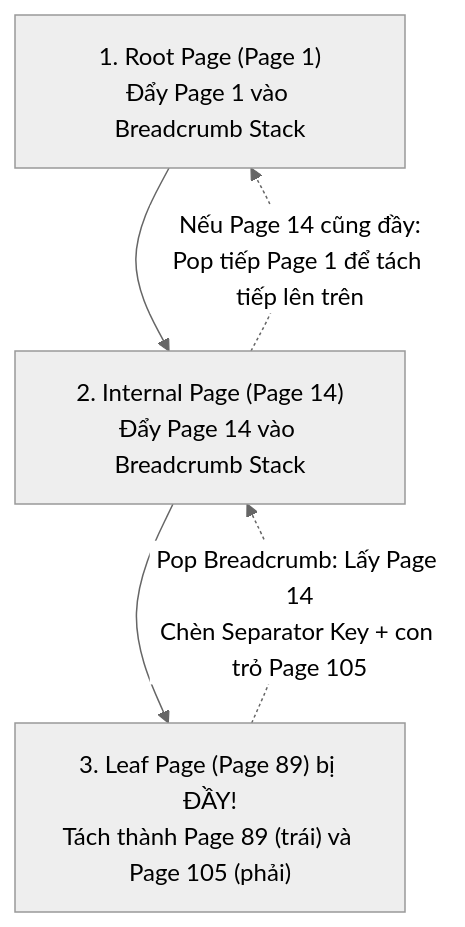
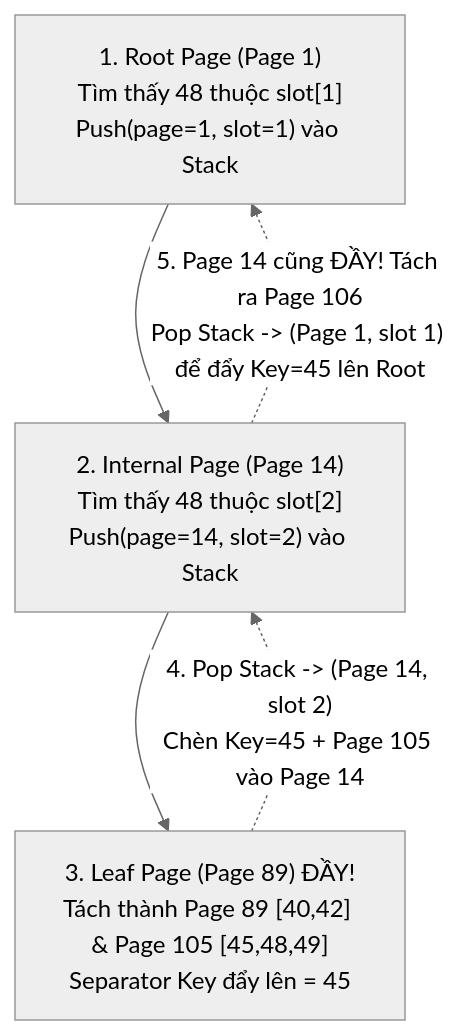
The second of 3 diagrams in docs/Database-Internals-Notes/database-internals-chapter4.vi.md (namaewanam/namaewanam.github.io), drawn with Mermaid (neutral theme) before and after one commit. The commit also changed other lines of this file and 29 other files, not shown here.

````diff
--- a/docs/Database-Internals-Notes/database-internals-chapter4.vi.md
+++ b/docs/Database-Internals-Notes/database-internals-chapter4.vi.md
@@ -90,7 +182,7 @@
 ```mermaid
 flowchart TD
-    Root["1. Root Page (Page 1)<br/>Đẩy Page 1 vào Breadcrumb Stack"] --> Internal["2. Internal Page (Page 14)<br/>Đẩy Page 14 vào Breadcrumb Stack"]
-    Internal --> Leaf["3. Leaf Page (Page 89) bị ĐẦY!<br/>Tách thành Page 89 (trái) và Page 105 (phải)"]
-    Leaf -.->|"Pop Breadcrumb: Lấy Page 14<br/>Chèn Separator Key + con trỏ Page 105"| Internal
-    Internal -.->|"Nếu Page 14 cũng đầy:<br/>Pop tiếp Page 1 để tách tiếp lên trên"| Root
+    Root["1. Root Page (Page 1)<br/>Tìm thấy 48 thuộc slot[1]<br/>Push(page=1, slot=1) vào Stack"] --> Internal["2. Internal Page (Page 14)<br/>Tìm thấy 48 thuộc slot[2]<br/>Push(page=14, slot=2) vào Stack"]
+    Internal --> Leaf["3. Leaf Page (Page 89) ĐẦY!<br/>Tách thành Page 89 [40,42] & Page 105 [45,48,49]<br/>Separator Key đẩy lên = 45"]
+    Leaf -.->|"4. Pop Stack -> (Page 14, slot 2)<br/>Chèn Key=45 + Page 105 vào Page 14"| Internal
+    Internal -.->|"5. Page 14 cũng ĐẦY! Tách ra Page 106<br/>Pop Stack -> (Page 1, slot 1) để đẩy Key=45 lên Root"| Root
 ```
````
